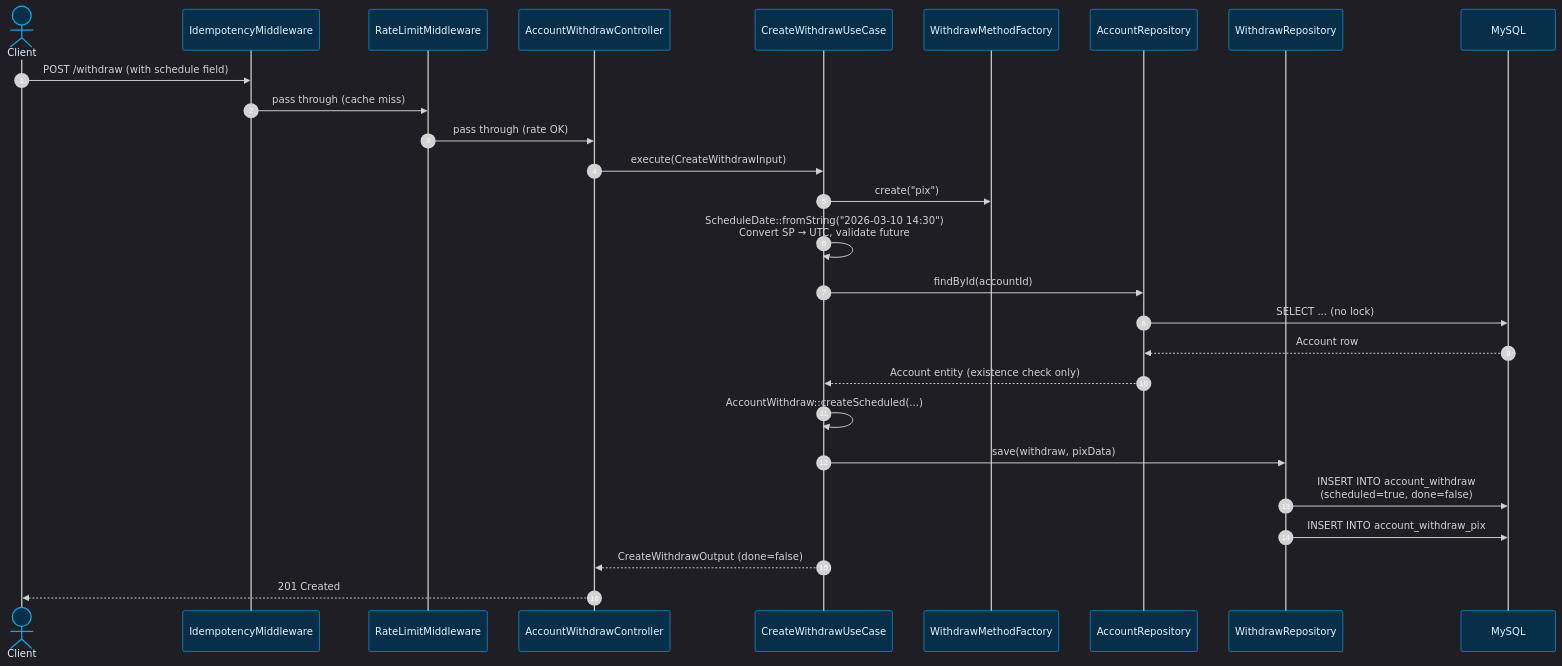
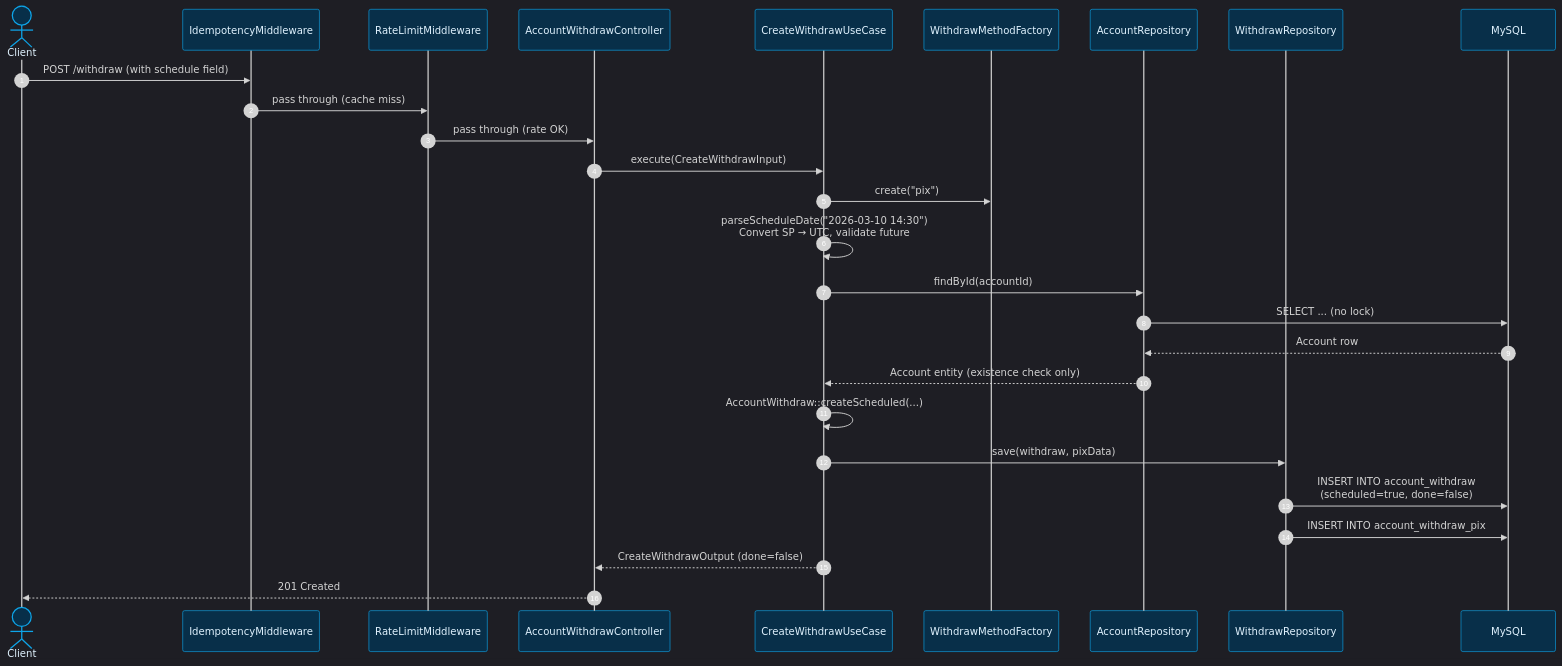
One commit to jonatamsr/jsr-pix-withdrawal changed the sixth of 10 diagrams in README.md. Above: the diagram before and after it, drawn with Mermaid. The commit also changed other lines of this file and 15 other files, not shown here.

First line of the commit message:
Add architectural decision records for observability, persistence, caching, scheduling, and documentation

````diff
--- a/README.md
+++ b/README.md
@@ -651,37 +712,37 @@
 ```mermaid
 %%{init: {'theme': 'dark', 'themeVariables': { 'fontFamily': 'ui-sans-serif, system-ui', 'primaryColor': '#1e1b4b', 'primaryTextColor': '#e0e7ff', 'primaryBorderColor': '#6366f1', 'lineColor': '#94a3b8', 'sequenceNumberColor': '#ffffff', 'actorBkg': '#082f49', 'actorBorder': '#0ea5e9', 'actorTextColor': '#e0f2fe', 'labelBoxBkgColor': '#1e293b', 'labelBoxBorderColor': '#475569'}}}%%
 sequenceDiagram
     autonumber
     actor Client
     participant MW_ID as IdempotencyMiddleware
     participant MW_RL as RateLimitMiddleware
     participant Ctrl as AccountWithdrawController
     participant UC as CreateWithdrawUseCase
     participant Factory as WithdrawMethodFactory
     participant AccRepo as AccountRepository
     participant WdRepo as WithdrawRepository
     participant MySQL
 
     Client->>MW_ID: POST /withdraw (with schedule field)
     MW_ID->>MW_RL: pass through (cache miss)
     MW_RL->>Ctrl: pass through (rate OK)
 
     Ctrl->>UC: execute(CreateWithdrawInput)
 
     UC->>Factory: create("pix")
-    UC->>UC: ScheduleDate::fromString("2026-03-10 14:30")<br/>Convert SP → UTC, validate future
+    UC->>UC: parseScheduleDate("2026-03-10 14:30")<br/>Convert SP → UTC, validate future
 
     UC->>AccRepo: findById(accountId)
     AccRepo->>MySQL: SELECT ... (no lock)
     MySQL-->>AccRepo: Account row
     AccRepo-->>UC: Account entity (existence check only)
 
     UC->>UC: AccountWithdraw::createScheduled(...)
 
     UC->>WdRepo: save(withdraw, pixData)
     WdRepo->>MySQL: INSERT INTO account_withdraw<br/>(scheduled=true, done=false)
     WdRepo->>MySQL: INSERT INTO account_withdraw_pix
 
     UC-->>Ctrl: CreateWithdrawOutput (done=false)
     Ctrl-->>Client: 201 Created
 ```
````
